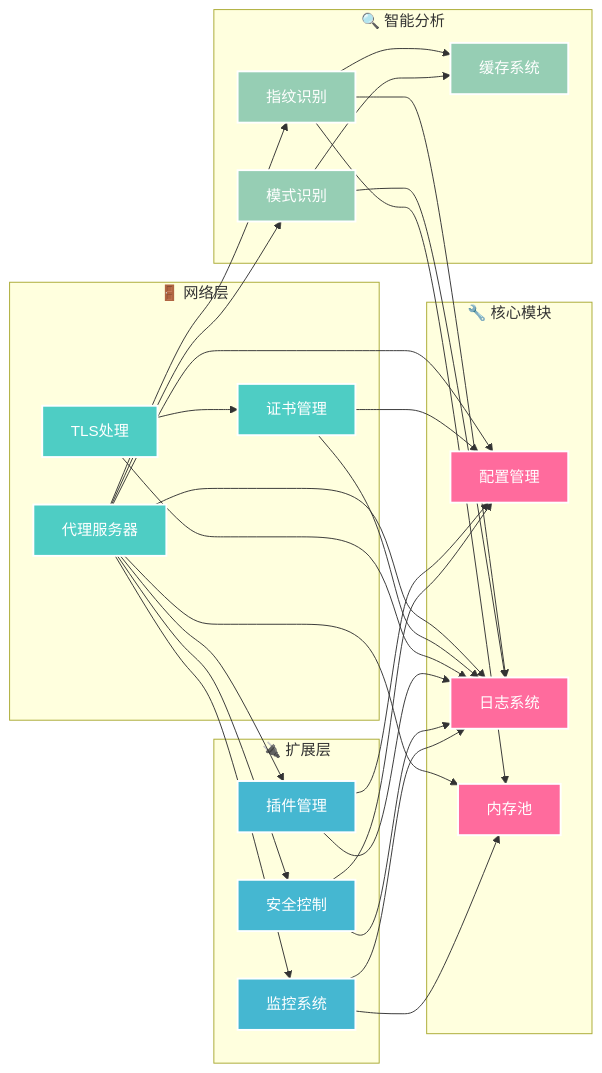
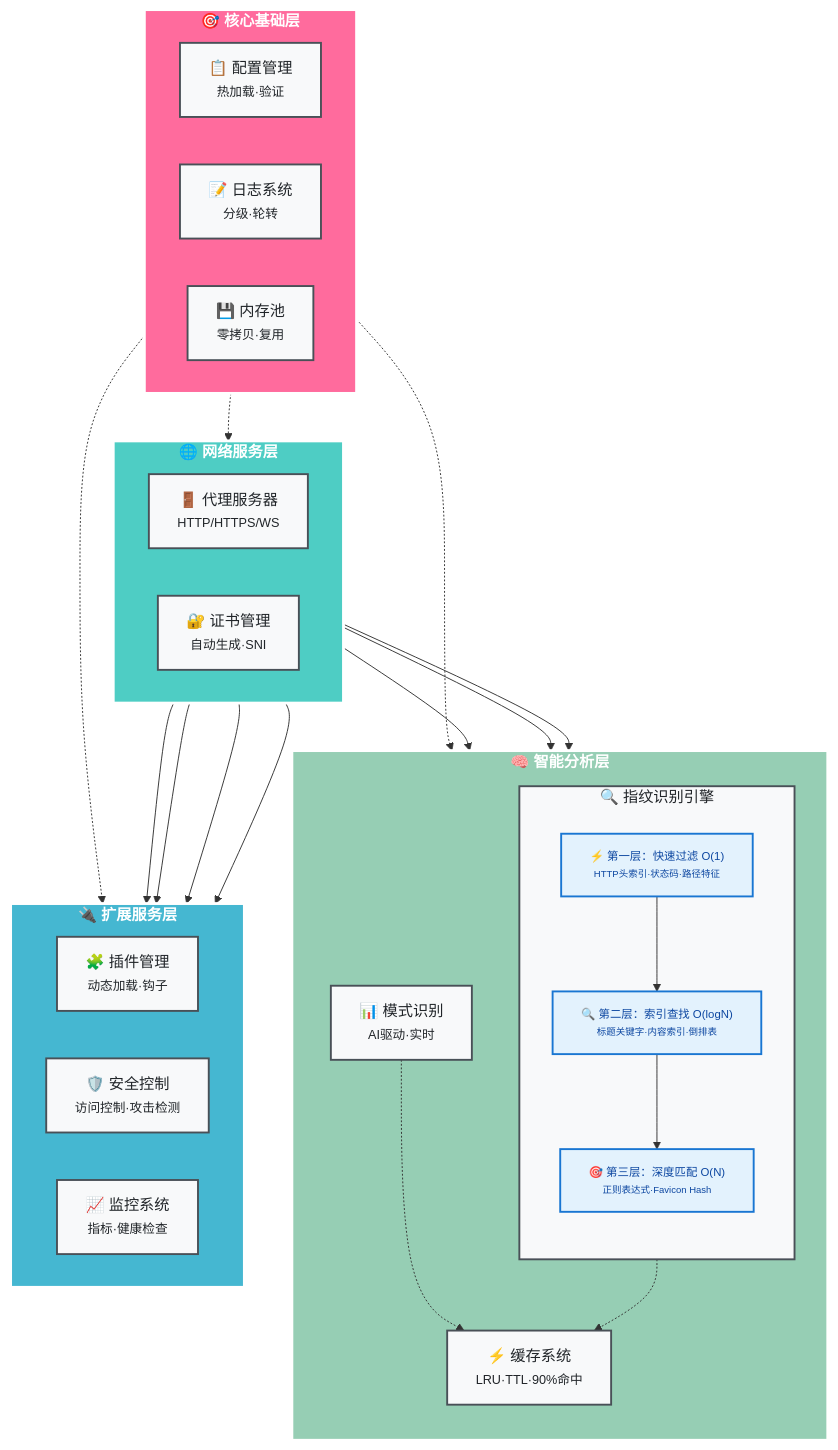
The third of 5 diagrams in README.md (JishiTeam-J1wa/hackmitm), drawn with Mermaid before and after one commit. The commit also changed other lines of this file, not shown here.

Commit message:
🎨 美化模块依赖关系图并添加指纹识别三层架构
✨ 新增特性：
- 重新设计模块依赖关系图，采用分层布局更加清晰
- 添加指纹识别引擎三层架构详细展示
- 展示O(1)→O(logN)→O(N)的渐进式匹配策略
- 新增技术细节对比表格

🎨 视觉优化：
- 简化依赖连接线，减少视觉复杂度
- 为每个模块添加详细功能描述
- 统一配色方案和样式
- 添加层级专用样式和图标

📊 技术细节：
- 详细展示哈希索引、倒排索引、线性扫描三层结构
- 说明早期退出优化策略
- 提供性能特点和数据结构信息

````diff
--- a/README.md
+++ b/README.md
@@ -449,69 +449,75 @@
 ```mermaid
-graph LR
-    subgraph "🔧 核心模块"
-        Config[配置管理]
-        Logger[日志系统]
-        Pool[内存池]
+flowchart TD
+    subgraph Core["🎯 核心基础层"]
+        direction LR
+        Config["📋 配置管理<br/><small>热加载·验证</small>"]
+        Logger["📝 日志系统<br/><small>分级·轮转</small>"] 
+        Pool["💾 内存池<br/><small>零拷贝·复用</small>"]
     end
     
-    subgraph "🚪 网络层"
-        Proxy[代理服务器]
-        Cert[证书管理]
-        TLS[TLS处理]
+    subgraph Network["🌐 网络服务层"]
+        direction LR
+        Proxy["🚪 代理服务器<br/><small>HTTP/HTTPS/WS</small>"]
+        Cert["🔐 证书管理<br/><small>自动生成·SNI</small>"]
     end
     
-    subgraph "🔍 智能分析"
-        Fingerprint[指纹识别]
-        Pattern[模式识别]
-        Cache[缓存系统]
+    subgraph Intelligence["🧠 智能分析层"]
+        direction TB
+        
+        subgraph FingerprintEngine["🔍 指纹识别引擎"]
+            direction TB
+            L1["⚡ 第一层：快速过滤 O(1)<br/><small>HTTP头索引·状态码·路径特征</small>"]
+            L2["🔍 第二层：索引查找 O(logN)<br/><small>标题关键字·内容索引·倒排表</small>"]
+            L3["🎯 第三层：深度匹配 O(N)<br/><small>正则表达式·Favicon Hash</small>"]
+            
+            L1 --> L2
+            L2 --> L3
+        end
+        
+        Pattern["📊 模式识别<br/><small>AI驱动·实时</small>"]
+        Cache["⚡ 缓存系统<br/><small>LRU·TTL·90%命中</small>"]
+        
+        FingerprintEngine -.-> Cache
+        Pattern -.-> Cache
     end
     
-    subgraph "🔌 扩展层"
-        Plugin[插件管理]
-        Security[安全控制]
-        Monitor[监控系统]
+    subgraph Extension["🔌 扩展服务层"]
+        direction LR
+        Plugin["🧩 插件管理<br/><small>动态加载·钩子</small>"]
+        Security["🛡️ 安全控制<br/><small>访问控制·攻击检测</small>"]
+        Monitor["📈 监控系统<br/><small>指标·健康检查</small>"]
     end
     
-    %% 依赖关系
-    Proxy --> Config
-    Proxy --> Logger
-    Proxy --> Pool
+    %% 简化的依赖关系 - 只显示主要流向
+    Core -.-> Network
+    Core -.-> Intelligence  
+    Core -.-> Extension
     
-    Cert --> Config
-    Cert --> Logger
+    Network --> Intelligence
+    Network --> Extension
     
-    TLS --> Cert
-    TLS --> Logger
-    
-    Fingerprint --> Cache
-    Fingerprint --> Logger
-    Fingerprint --> Pool
-    
-    Pattern --> Cache
-    Pattern --> Logger
-    
-    Plugin --> Config
-    Plugin --> Logger
-    
-    Security --> Config
-    Security --> Logger
-    
-    Monitor --> Logger
-    Monitor --> Pool
-    
-    Proxy --> Fingerprint
+    Proxy --> FingerprintEngine
     Proxy --> Pattern
     Proxy --> Plugin
     Proxy --> Security
     Proxy --> Monitor
     
-    classDef core fill:#ff6b9d,stroke:#fff,stroke-width:2px,color:#fff
-    classDef network fill:#4ecdc4,stroke:#fff,stroke-width:2px,color:#fff
-    classDef intelligence fill:#96ceb4,stroke:#fff,stroke-width:2px,color:#fff
-    classDef extension fill:#45b7d1,stroke:#fff,stroke-width:2px,color:#fff
+    %% 样式定义
+    classDef coreStyle fill:#ff6b9d,stroke:#fff,stroke-width:3px,color:#fff,font-weight:bold
+    classDef networkStyle fill:#4ecdc4,stroke:#fff,stroke-width:3px,color:#fff,font-weight:bold
+    classDef intelligenceStyle fill:#96ceb4,stroke:#fff,stroke-width:3px,color:#fff,font-weight:bold
+    classDef extensionStyle fill:#45b7d1,stroke:#fff,stroke-width:3px,color:#fff,font-weight:bold
     
-    class Config,Logger,Pool core
-    class Proxy,Cert,TLS network
-    class Fingerprint,Pattern,Cache intelligence
-    class Plugin,Security,Monitor extension
+    classDef moduleStyle fill:#f8f9fa,stroke:#495057,stroke-width:2px,color:#212529,border-radius:8px
+    
+    class Core coreStyle
+    class Network networkStyle
+    class Intelligence intelligenceStyle
+    class Extension extensionStyle
+    
+    class Config,Logger,Pool,Proxy,Cert,FingerprintEngine,Pattern,Cache,Plugin,Security,Monitor moduleStyle
+    
+    %% 指纹识别层级样式
+    classDef layerStyle fill:#e3f2fd,stroke:#1976d2,stroke-width:2px,color:#0d47a1,font-size:12px
+    class L1,L2,L3 layerStyle
 ```
````
